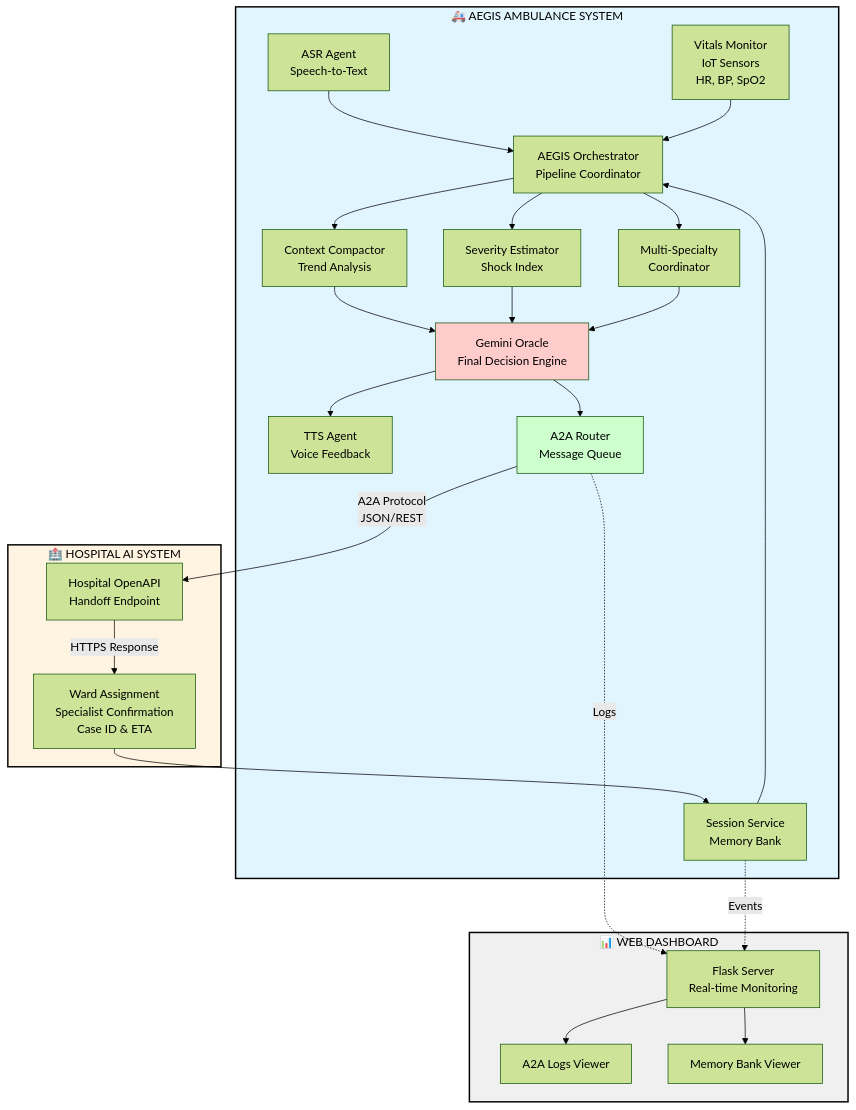
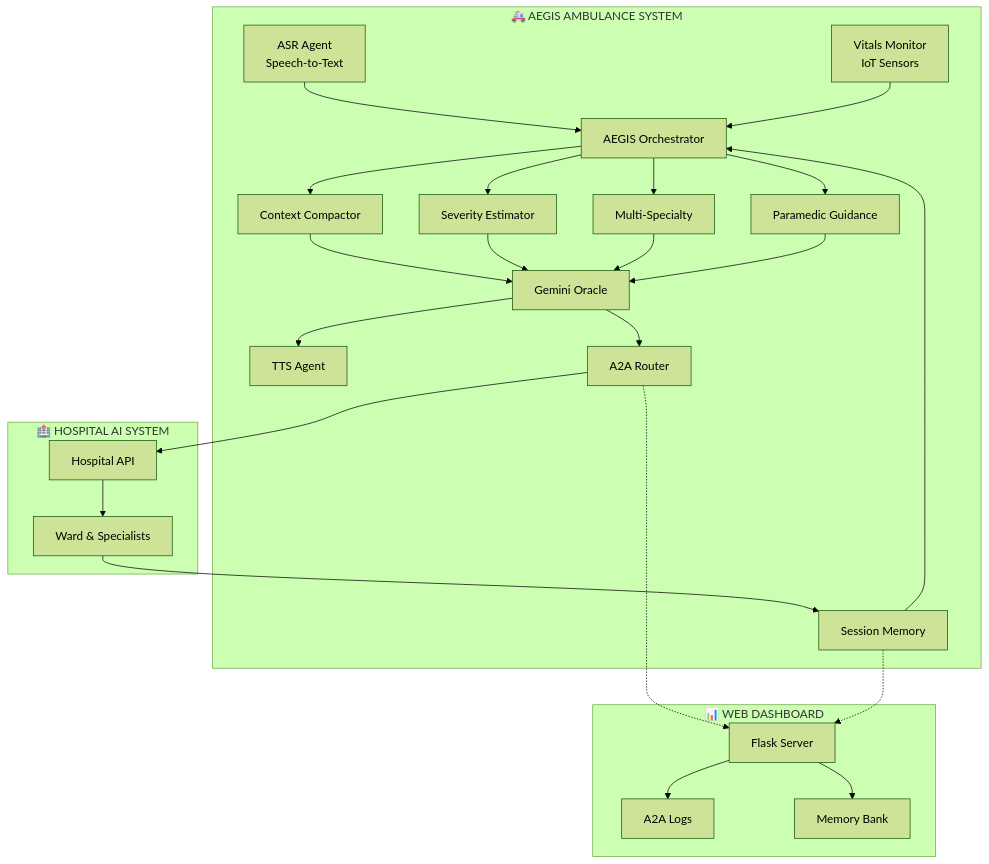
Before and after one commit to D-Bee09/aegis-capstone-project: the diagram in README.md, drawn with Mermaid (forest theme). The commit also changed other lines of this file, not shown here.

````diff
--- a/README.md
+++ b/README.md
@@ -46,60 +79,48 @@
 ```mermaid
 graph TB
     subgraph AMBULANCE["🚑 AEGIS AMBULANCE SYSTEM"]
         ASR[ASR Agent<br/>Speech-to-Text]
-        VITALS[Vitals Monitor<br/>IoT Sensors<br/>HR, BP, SpO2]
-        SESSION[Session Service<br/>Memory Bank]
-        
-        ORCH[AEGIS Orchestrator<br/>Pipeline Coordinator]
-        
-        COMPACT[Context Compactor<br/>Trend Analysis]
-        SEVERITY[Severity Estimator<br/>Shock Index]
-        SPECIALTY[Multi-Specialty<br/>Coordinator]
-        
-        ORACLE[Gemini Oracle<br/>Final Decision Engine]
-        
-        TTS[TTS Agent<br/>Voice Feedback]
-        A2A[A2A Router<br/>Message Queue]
+        VITALS[Vitals Monitor<br/>IoT Sensors]
+        SESSION[Session Memory]
+        ORCH[AEGIS Orchestrator]
+        COMPACT[Context Compactor]
+        SEVERITY[Severity Estimator]
+        SPECIALTY[Multi-Specialty]
+        GUIDANCE[Paramedic Guidance]
+        ORACLE[Gemini Oracle]
+        TTS[TTS Agent]
+        A2A[A2A Router]
     end
     
     subgraph HOSPITAL["🏥 HOSPITAL AI SYSTEM"]
-        API[Hospital OpenAPI<br/>Handoff Endpoint]
-        RESPONSE[Ward Assignment<br/>Specialist Confirmation<br/>Case ID & ETA]
+        API[Hospital API]
+        RESPONSE[Ward & Specialists]
     end
     
     subgraph DASHBOARD["📊 WEB DASHBOARD"]
-        FLASK[Flask Server<br/>Real-time Monitoring]
-        LOGS[A2A Logs Viewer]
-        MEMORY[Memory Bank Viewer]
+        FLASK[Flask Server]
+        LOGS[A2A Logs]
+        MEMORY[Memory Bank]
     end
     
     ASR --> ORCH
     VITALS --> ORCH
     SESSION --> ORCH
-    
     ORCH --> COMPACT
     ORCH --> SEVERITY
     ORCH --> SPECIALTY
-    
+    ORCH --> GUIDANCE
     COMPACT --> ORACLE
     SEVERITY --> ORACLE
     SPECIALTY --> ORACLE
-    
+    GUIDANCE --> ORACLE
     ORACLE --> TTS
     ORACLE --> A2A
-    
-    A2A -->|A2A Protocol<br/>JSON/REST| API
-    API -->|HTTPS Response| RESPONSE
+    A2A --> API
+    API --> RESPONSE
     RESPONSE --> SESSION
-    
-    A2A -.->|Logs| FLASK
-    SESSION -.->|Events| FLASK
+    A2A -.-> FLASK
+    SESSION -.-> FLASK
     FLASK --> LOGS
     FLASK --> MEMORY
-    
-    style AMBULANCE fill:#e1f5ff,stroke:#000,stroke-width:2px,color:#000
-    style HOSPITAL fill:#fff4e1,stroke:#000,stroke-width:2px,color:#000
-    style DASHBOARD fill:#f0f0f0,stroke:#000,stroke-width:2px,color:#000
-    style ORACLE fill:#ffcccc
-    style A2A fill:#ccffcc
 ```
````
